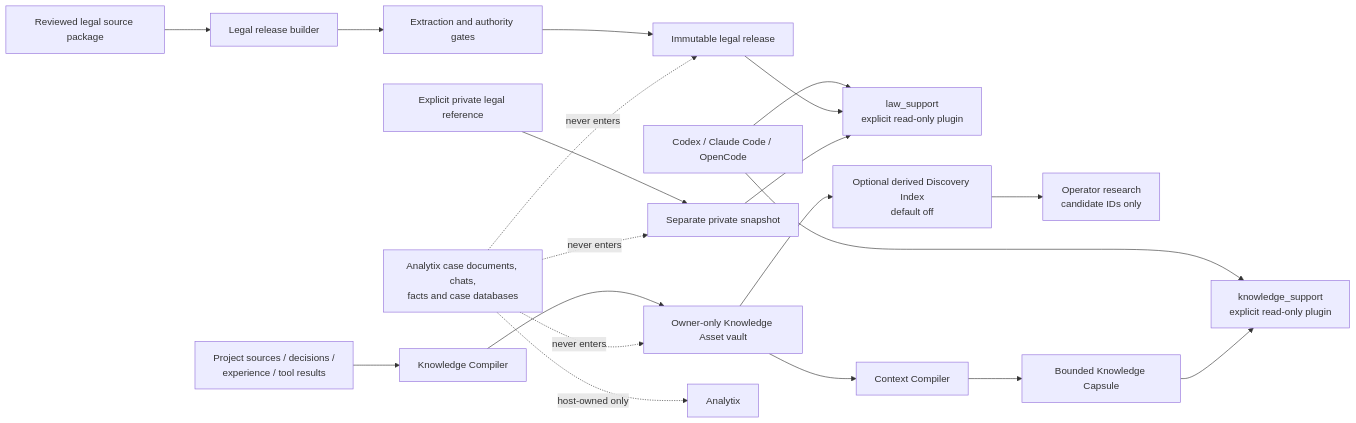
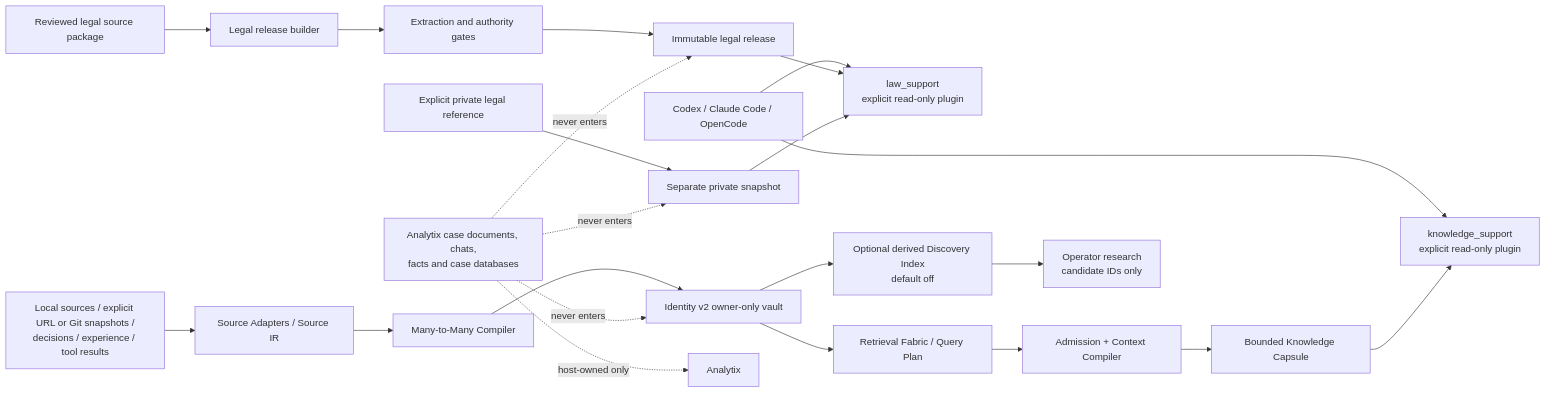
The diagram in docs/ARCHITECTURE.md (Eysn0130/DeepLaw), drawn with Mermaid before and after one commit. The commit also changed other lines of this file and 196 other files, not shown here.

````diff
--- a/docs/ARCHITECTURE.md
+++ b/docs/ARCHITECTURE.md
@@ -139,25 +143,27 @@
 ```mermaid
 flowchart LR
     A["Codex / Claude Code / OpenCode"] --> KS["knowledge_support\nexplicit read-only plugin"]
     A --> LS["law_support\nexplicit read-only plugin"]
 
-    KIN["Project sources / decisions /\nexperience / tool results"] --> KC["Knowledge Compiler"]
-    KC --> KV["Owner-only Knowledge Asset vault"]
-    KV --> CC["Context Compiler"]
+    KIN["Local sources / explicit URL or Git snapshots /\ndecisions / experience / tool results"] --> SA["Source Adapters / Source IR"]
+    SA --> KC["Many-to-Many Compiler"]
+    KC --> KV["Identity v2 owner-only vault"]
+    KV --> RF["Retrieval Fabric / Query Plan"]
+    RF --> CC["Admission + Context Compiler"]
     KV --> DI["Optional derived Discovery Index\ndefault off"]
     DI --> DR["Operator research\ncandidate IDs only"]
     CC --> KP["Bounded Knowledge Capsule"]
     KP --> KS
 
     SIN["Reviewed legal source package"] --> LB["Legal release builder"]
     LB --> LQ["Extraction and authority gates"]
     LQ --> LR["Immutable legal release"]
     LU["Explicit private legal reference"] --> LP["Separate private snapshot"]
     LR --> LS
     LP --> LS
 
     CASE["Analytix case documents, chats,\nfacts and case databases"] -. "host-owned only" .-> AX["Analytix"]
     CASE -. "never enters" .-> KV
     CASE -. "never enters" .-> LR
     CASE -. "never enters" .-> LP
 ```
````
